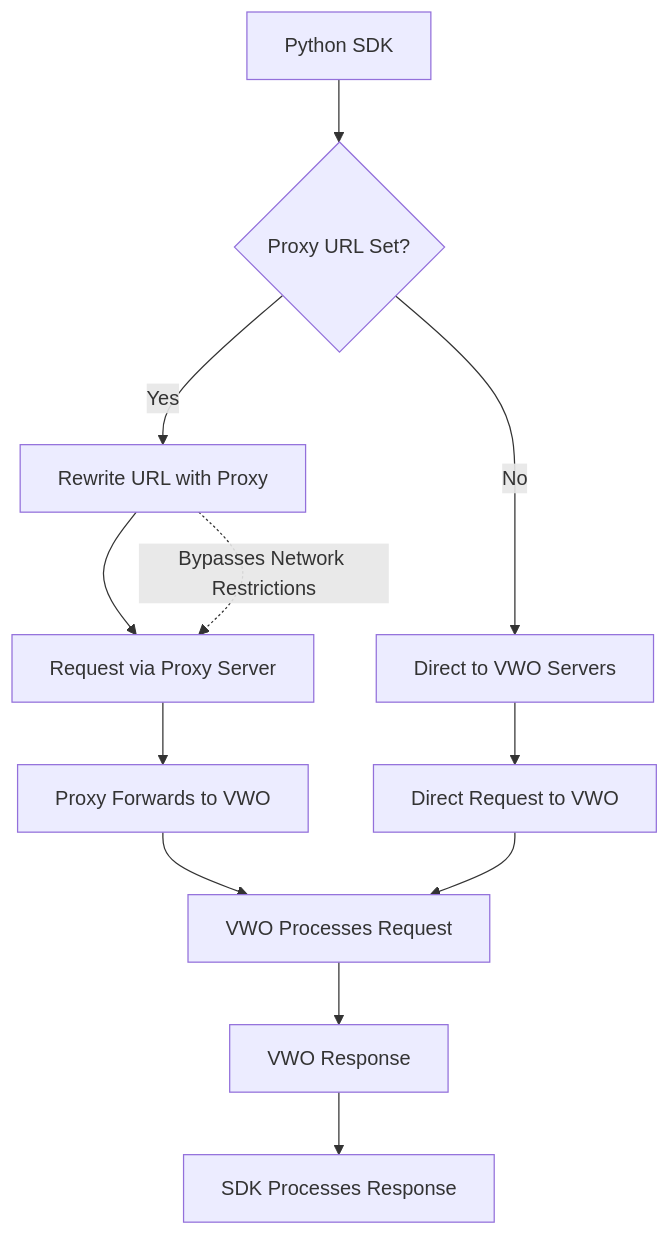
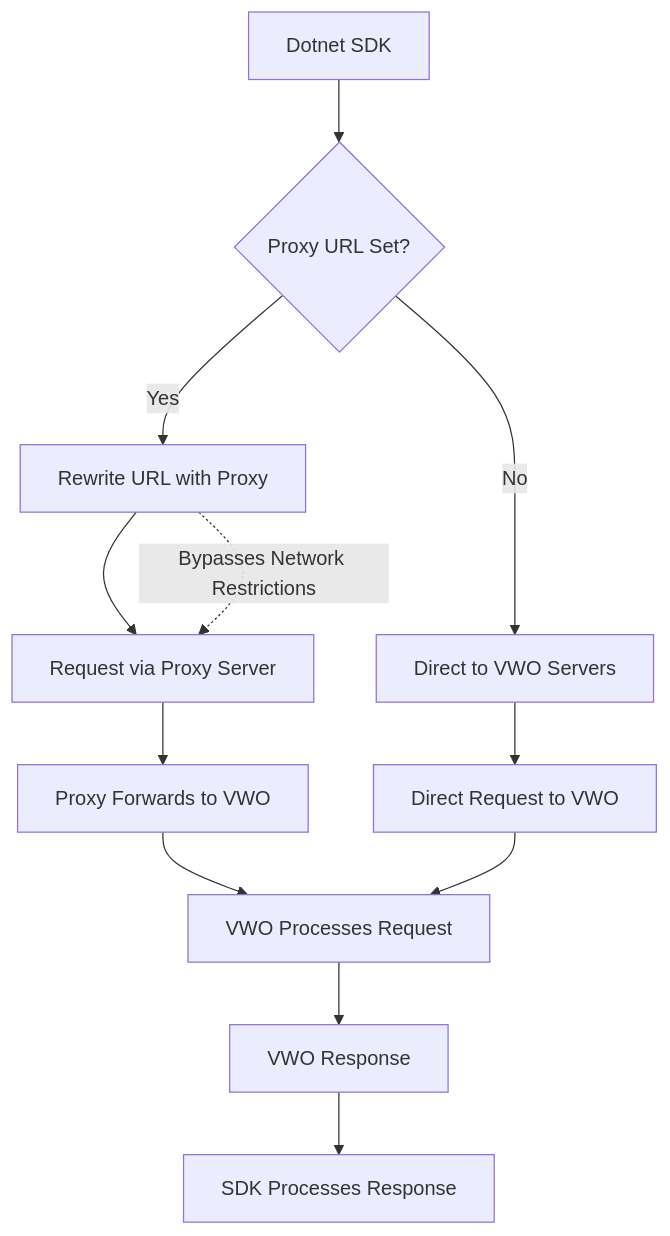
The diagram in docs/SDK Reference/server-side-sdks/fme-dotnet/fme-dotnet-proxy-url.md (wingify/readme-central), drawn with Mermaid before and after one commit.

Commit message:
Update doc `fme-dotnet-proxy-url`

````diff
--- a/docs/SDK Reference/server-side-sdks/fme-dotnet/fme-dotnet-proxy-url.md
+++ b/docs/SDK Reference/server-side-sdks/fme-dotnet/fme-dotnet-proxy-url.md
@@ -36,14 +36,14 @@
 ```mermaid
 flowchart TD
-    A["Python SDK"] --> B{"Proxy URL Set?"}
+    A["Dotnet SDK"] --> B{"Proxy URL Set?"}
     B -- Yes --> C["Rewrite URL with Proxy"]
     B -- No --> D["Direct to VWO Servers"]
     C --> E["Request via Proxy Server"]
     E --> G["Proxy Forwards to VWO"]
     D --> F["Direct Request to VWO"]
     G --> H["VWO Processes Request"]
     F --> H
     H --> I["VWO Response"]
     I --> J["SDK Processes Response"]
     C -. Bypasses Network Restrictions .-> E
 ```
````
